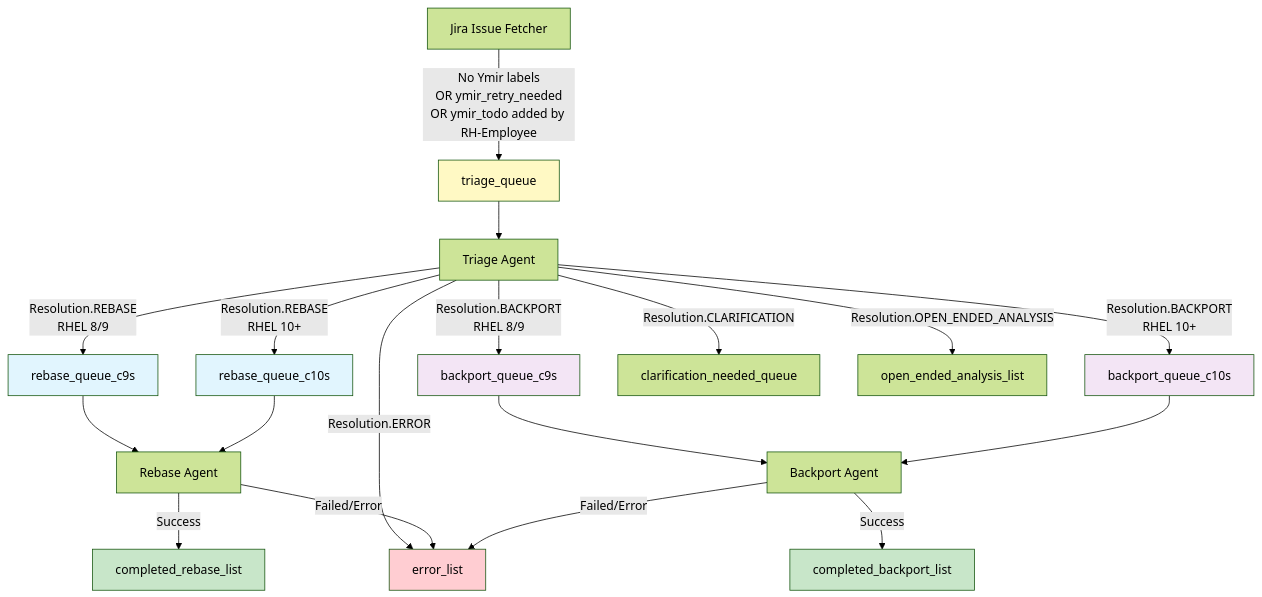
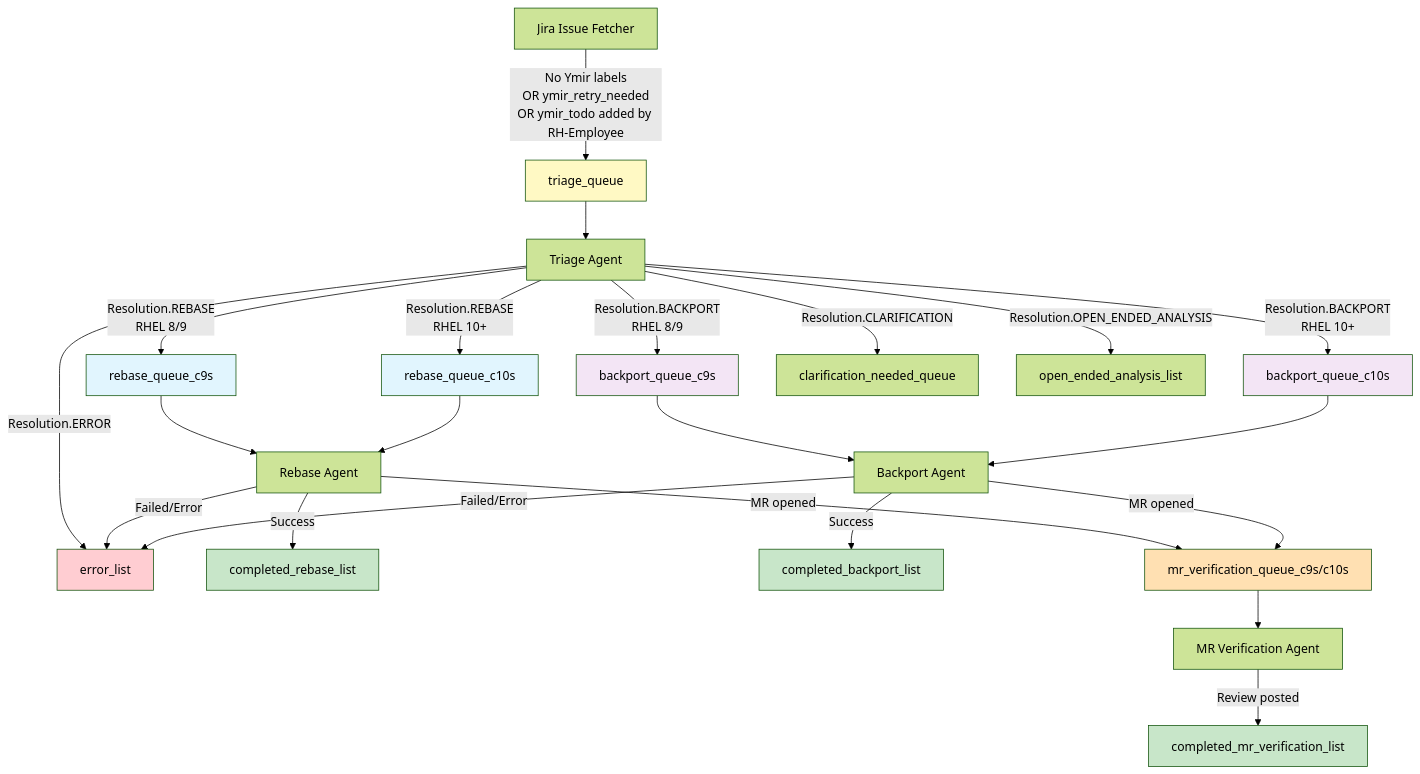
One commit to packit/ai-workflows changed the second of 3 diagrams in jira_label_workflow_routing.md. Above: the diagram before and after it, drawn with Mermaid (forest theme). The commit also changed other lines of this file and 28 other files, not shown here.

Commit message:
Add MR verification agent

````diff
--- a/jira_label_workflow_routing.md
+++ b/jira_label_workflow_routing.md
@@ -31,35 +31,42 @@
 ```mermaid
 flowchart TD
     FETCH[Jira Issue Fetcher]
 
     FETCH -->|No Ymir labels<br/>OR ymir_retry_needed<br/>OR ymir_todo added by RH-Employee| TRIAGE[triage_queue]
 
     TRIAGE --> TRIAGE_AGENT[Triage Agent]
 
     TRIAGE_AGENT -->|Resolution.REBASE<br/>RHEL 8/9| REBASE_C9S[rebase_queue_c9s]
     TRIAGE_AGENT -->|Resolution.REBASE<br/>RHEL 10+| REBASE_C10S[rebase_queue_c10s]
     TRIAGE_AGENT -->|Resolution.BACKPORT<br/>RHEL 8/9| BACKPORT_C9S[backport_queue_c9s]
     TRIAGE_AGENT -->|Resolution.BACKPORT<br/>RHEL 10+| BACKPORT_C10S[backport_queue_c10s]
     TRIAGE_AGENT -->|Resolution.CLARIFICATION| CLARIFY[clarification_needed_queue]
     TRIAGE_AGENT -->|Resolution.OPEN_ENDED_ANALYSIS| ANALYSIS[open_ended_analysis_list]
     TRIAGE_AGENT -->|Resolution.ERROR| ERROR[error_list]
 
     REBASE_C9S --> REBASE_AGENT[Rebase Agent]
     REBASE_C10S --> REBASE_AGENT
     BACKPORT_C9S --> BACKPORT_AGENT[Backport Agent]
     BACKPORT_C10S --> BACKPORT_AGENT
 
     REBASE_AGENT -->|Success| COMPLETED_R[completed_rebase_list]
     REBASE_AGENT -->|Failed/Error| ERROR
     BACKPORT_AGENT -->|Success| COMPLETED_B[completed_backport_list]
     BACKPORT_AGENT -->|Failed/Error| ERROR
 
+    REBASE_AGENT -->|MR opened| MRVERIFY[mr_verification_queue_c9s/c10s]
+    BACKPORT_AGENT -->|MR opened| MRVERIFY
+    MRVERIFY --> MRVERIFY_AGENT[MR Verification Agent]
+    MRVERIFY_AGENT -->|Review posted| COMPLETED_V[completed_mr_verification_list]
+
     style TRIAGE fill:#fff9c4
     style REBASE_C9S fill:#e1f5fe
     style REBASE_C10S fill:#e1f5fe
     style BACKPORT_C9S fill:#f3e5f5
     style BACKPORT_C10S fill:#f3e5f5
     style ERROR fill:#ffcdd2
     style COMPLETED_R fill:#c8e6c9
     style COMPLETED_B fill:#c8e6c9
+    style MRVERIFY fill:#ffe0b2
+    style COMPLETED_V fill:#c8e6c9
 ```
````
